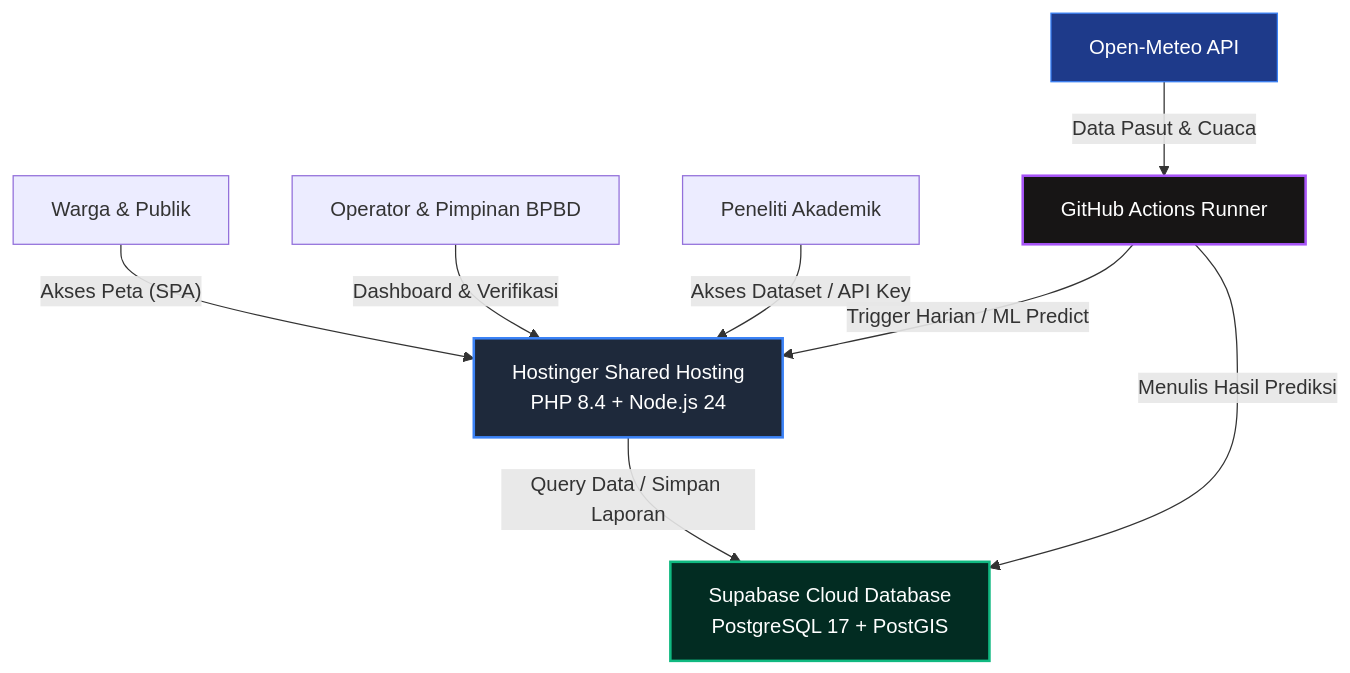
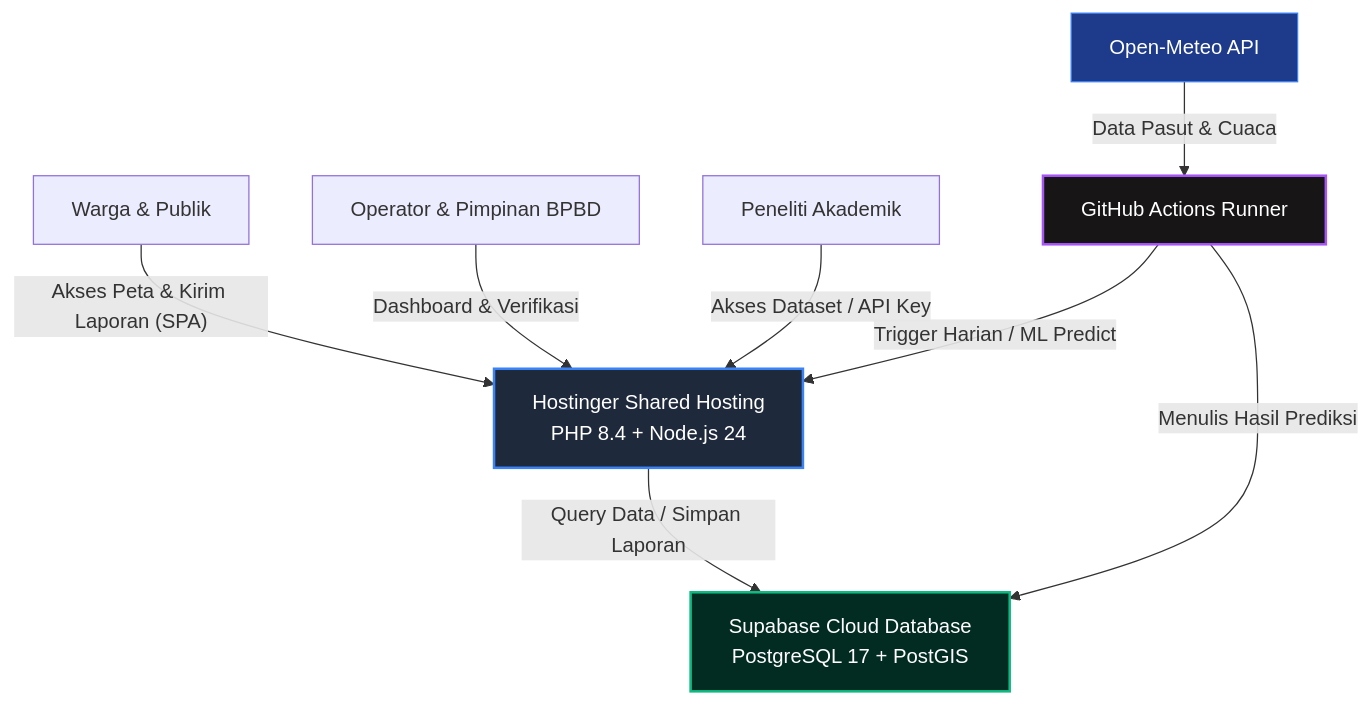
One commit to udinvoldigoad/Siperah-ROB changed the first of 2 diagrams in README.md. Above: the diagram before and after it, drawn with Mermaid. The commit also changed other lines of this file, not shown here.

````diff
--- a/README.md
+++ b/README.md
@@ -12,27 +31,27 @@
 ```mermaid
 graph TD
     %% Nodes
     warga[Warga & Publik]
     bpbd[Operator & Pimpinan BPBD]
     peneliti[Peneliti Akademik]
     hostinger[Hostinger Shared Hosting<br>PHP 8.4 + Node.js 24]
     supabase[Supabase Cloud Database<br>PostgreSQL 17 + PostGIS]
     github[GitHub Actions Runner]
     openmeteo[Open-Meteo API]
 
     %% Styles
     style hostinger fill:#1e293b,stroke:#3b82f6,stroke-width:2px,color:#fff
     style supabase fill:#022c22,stroke:#10b981,stroke-width:2px,color:#fff
     style github fill:#171515,stroke:#a855f7,stroke-width:2px,color:#fff
     style openmeteo fill:#1e3a8a,stroke:#3b82f6,stroke-width:1px,color:#fff
 
     %% Connections
-    warga -- "Akses Peta (SPA)" --> hostinger
+    warga -- "Akses Peta & Kirim Laporan (SPA)" --> hostinger
     bpbd -- "Dashboard & Verifikasi" --> hostinger
     peneliti -- "Akses Dataset / API Key" --> hostinger
     
     hostinger -- "Query Data / Simpan Laporan" --> supabase
     github -- "Trigger Harian / ML Predict" --> hostinger
     github -- "Menulis Hasil Prediksi" --> supabase
     openmeteo -- "Data Pasut & Cuaca" --> github
 ```
````
